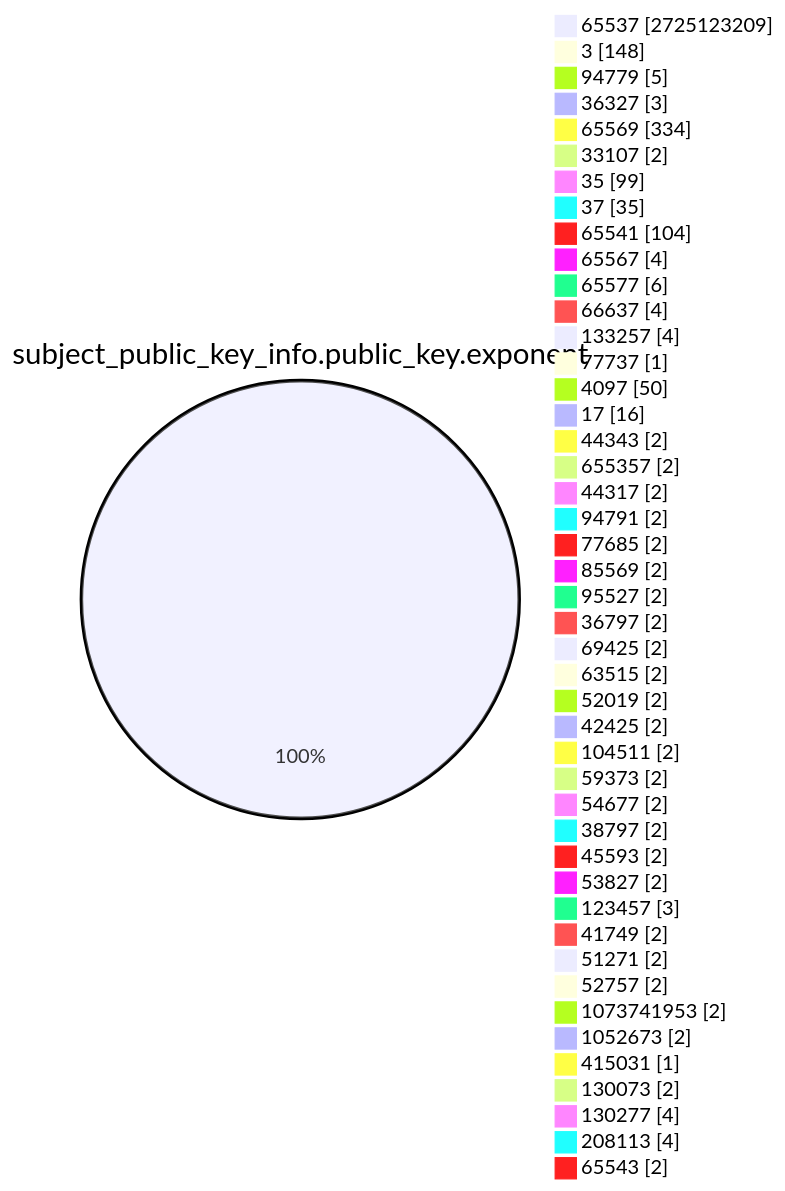
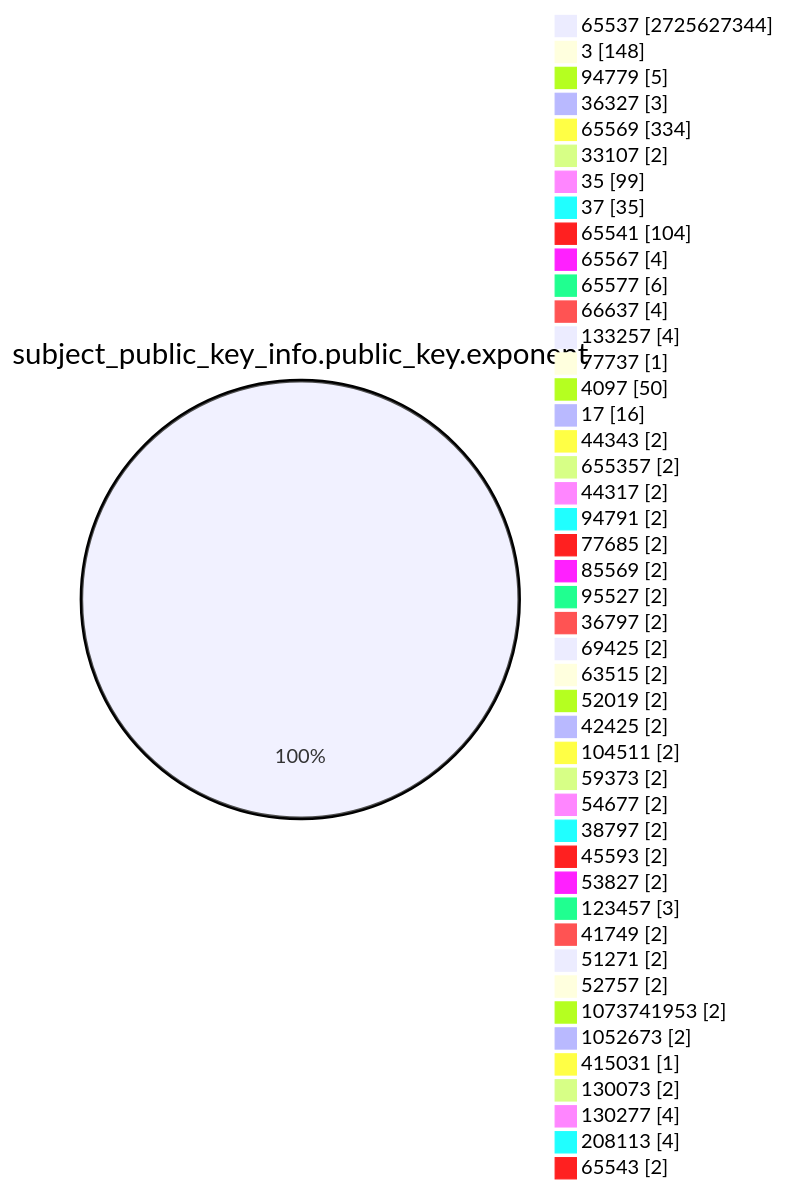
Before and after one commit to christiankrug/ctmonitor_visualization: the fourth of 15 diagrams in TOTAL/README.md, drawn with Mermaid. The commit also changed other lines of this file, not shown here.

````diff
--- a/TOTAL/README.md
+++ b/TOTAL/README.md
@@ -1467,49 +1467,49 @@
 ```mermaid
 pie showData
 title subject_public_key_info.public_key.exponent
-"65537" :2725123209
+"65537" :2725627344
 "3" :148
 "94779" :5
 "36327" :3
 "65569" :334
 "33107" :2
 "35" :99
 "37" :35
 "65541" :104
 "65567" :4
 "65577" :6
 "66637" :4
 "133257" :4
 "77737" :1
 "4097" :50
 "17" :16
 "44343" :2
 "655357" :2
 "44317" :2
 "94791" :2
 "77685" :2
 "85569" :2
 "95527" :2
 "36797" :2
 "69425" :2
 "63515" :2
 "52019" :2
 "42425" :2
 "104511" :2
 "59373" :2
 "54677" :2
 "38797" :2
 "45593" :2
 "53827" :2
 "123457" :3
 "41749" :2
 "51271" :2
 "52757" :2
 "1073741953" :2
 "1052673" :2
 "415031" :1
 "130073" :2
 "130277" :4
 "208113" :4
 "65543" :2
 ```
````
